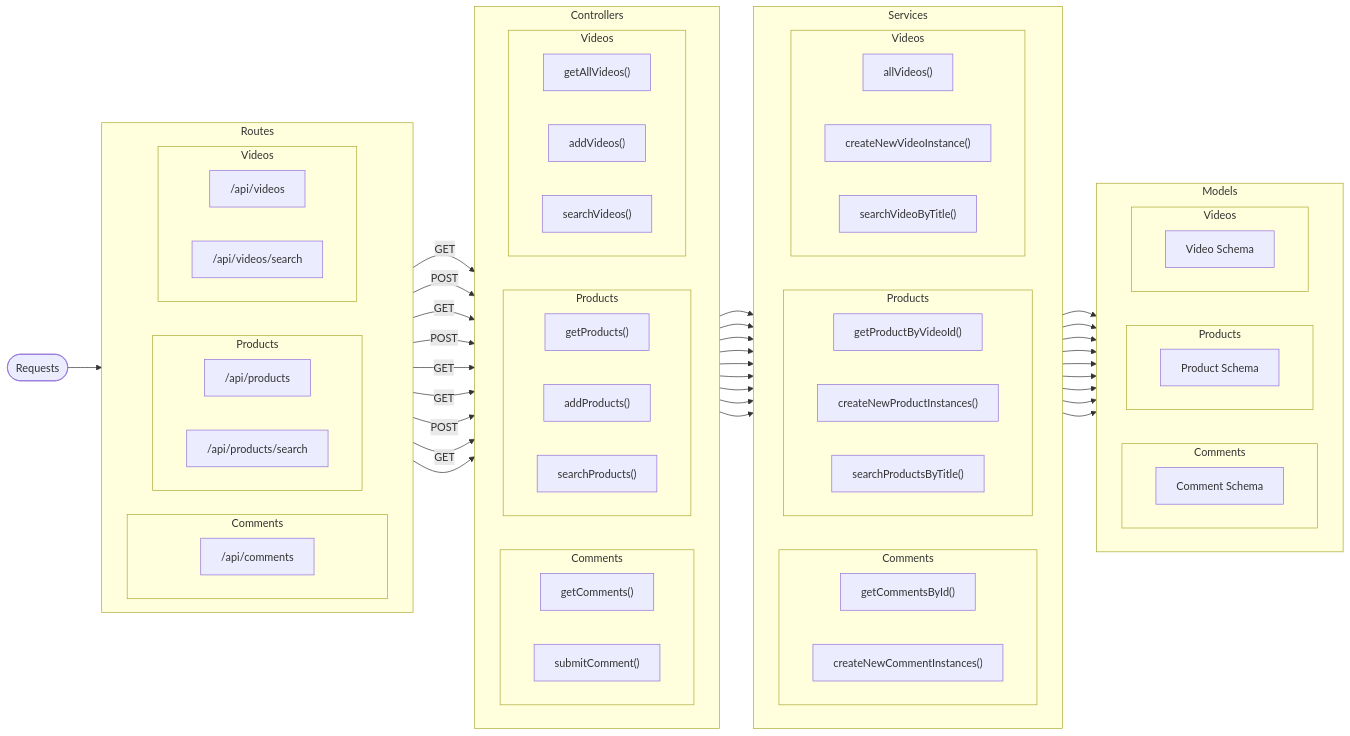
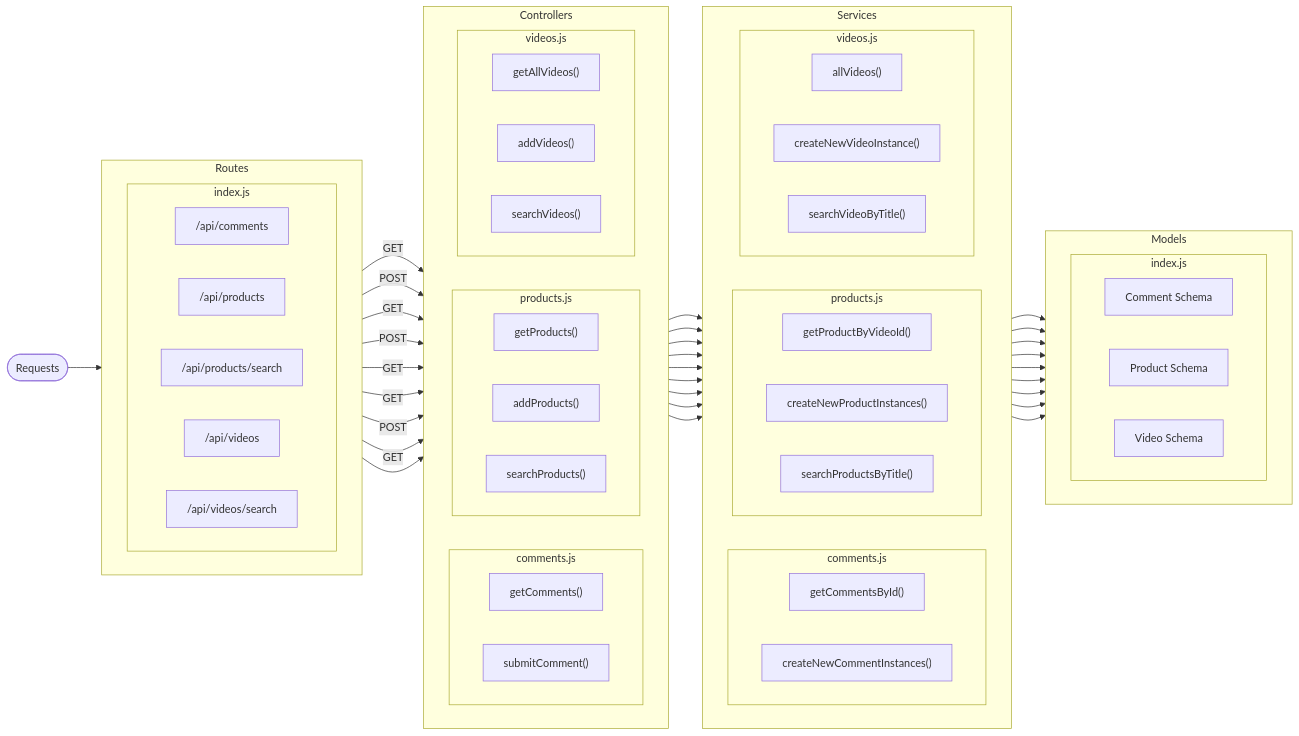
One commit to ikbakk/Generasi-Gigih-Homework changed the diagram in Midterm/README.md. Above: the diagram before and after it, drawn with Mermaid. The commit also changed other lines of this file, not shown here.

```diff
--- a/Midterm/README.md
+++ b/Midterm/README.md
@@ -86,34 +82,29 @@
 flowchart LR
     subgraph Routes
         direction LR
-        subgraph Rc[Comments]
-            Rc1["`/api/comments`"]
-        end
-        subgraph Rp[Products]
-            direction LR
-            Rp1["`/api/products`"]
-            Rp2["`/api/products/search`"]
-        end
-        subgraph Rv[Videos]
-            direction LR
-            Rv1["`/api/videos`"]
-            Rv2["`/api/videos/search`"]
+        subgraph Rc[index.js]
+          direction LR
+          Rc1["`/api/comments`"]
+          Rp1["`/api/products`"]
+          Rp2["`/api/products/search`"]
+          Rv1["`/api/videos`"]
+          Rv2["`/api/videos/search`"]
         end
     end
     subgraph Controllers
         direction LR
-        subgraph Cc[Comments]
+        subgraph Cc[comments.js]
             direction LR
             Cc1["`getComments()`"]
             Cc2["`submitComment()`"]
         end
-        subgraph Cp[Products]
+        subgraph Cp[products.js]
             direction LR
             Cp1["`getProducts()`"]
             Cp2["`addProducts()`"]
             Cp3["`searchProducts()`"]
         end
-        subgraph Cv[Videos]
+        subgraph Cv[videos.js]
             direction LR
             Cv1["`getAllVideos()`"]
             Cv2["`addVideos()`"]
@@ -122,18 +113,18 @@
     end
     subgraph Services
         direction LR
-        subgraph Sc[Comments]
+        subgraph Sc[comments.js]
             direction LR
             Sc1["`getCommentsById()`"]
             Sc2["`createNewCommentInstances()`"]
         end
-        subgraph Sp[Products]
+        subgraph Sp[products.js]
             direction LR
             Sp1["`getProductByVideoId()`"]
             Sp2["`createNewProductInstances()`"]
             Sp3["`searchProductsByTitle()`"]
         end
-        subgraph Sv[Videos]
+        subgraph Sv[videos.js]
             direction LR
             Sv1["`allVideos()`"]
             Sv2["`createNewVideoInstance()`"]
@@ -142,17 +133,10 @@
     end
     subgraph Models
         direction LR
-        subgraph Mc[Comments]
+        subgraph Mc[index.js]
             direction LR
             Mc1["`Comment Schema`"]
-        end
-        subgraph Mp[Products]
-            direction LR
             Mp1["`Product Schema`"]
-
-        end
-        subgraph Mv[Videos]
-            direction LR
             Mv1["`Video Schema`"]
         end
     end
```
